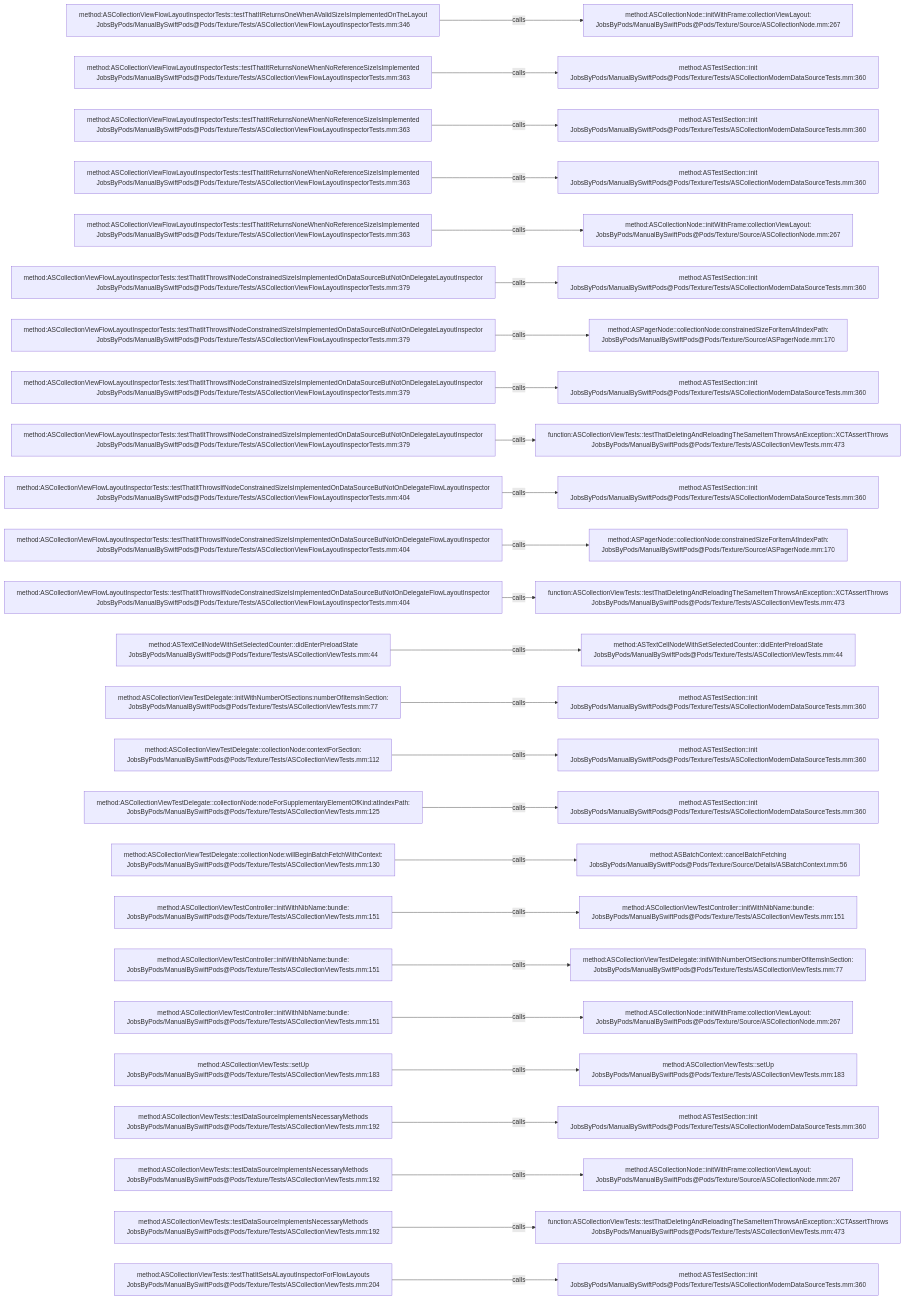
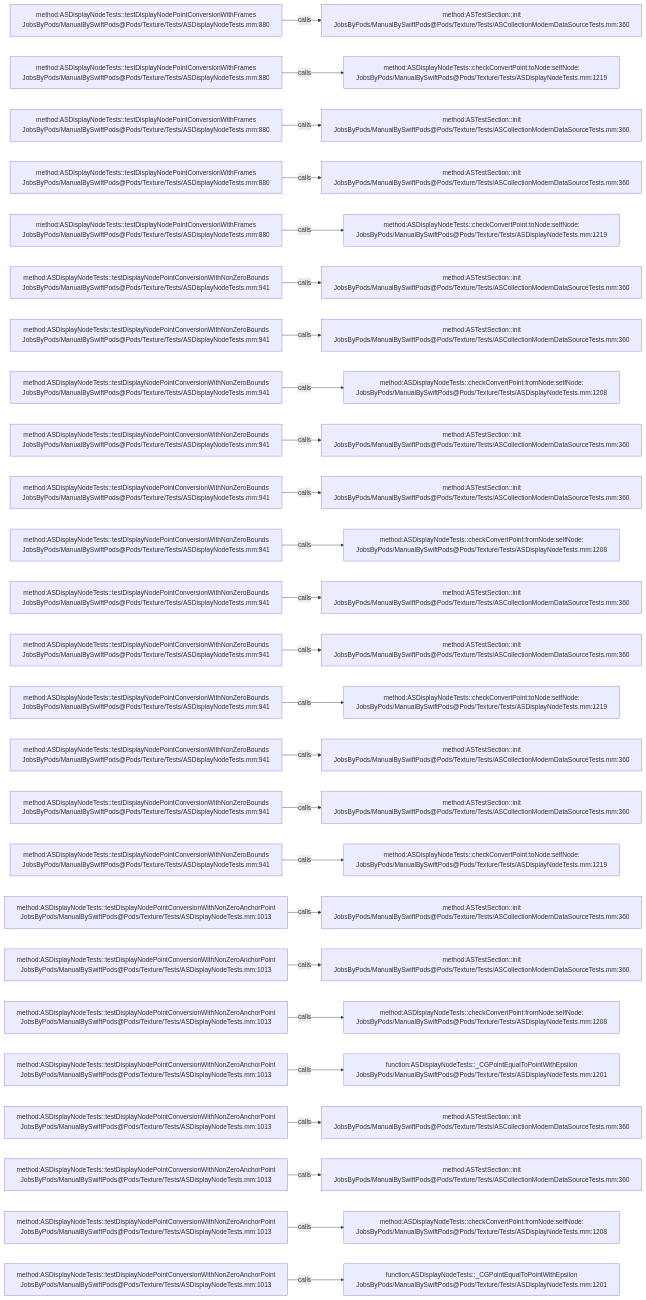
Before and after one commit to JobsKits/JobsSwiftBaseConfigDemo: the diagram in .codegraph/codegraph.md/graphs/calls-189.md, drawn with Mermaid. The commit also changed 832 other files, not shown here.

````diff
--- a/.codegraph/codegraph.md/graphs/calls-189.md
+++ b/.codegraph/codegraph.md/graphs/calls-189.md
@@ -13,78 +13,78 @@
 ```mermaid
 flowchart LR
-  S1["method:ASCollectionViewFlowLayoutInspectorTests::testThatItReturnsOneWhenAValidSizeIsImplementedOnTheLayout<br/>JobsByPods/ManualBySwiftPods@Pods/Texture/Tests/ASCollectionViewFlowLayoutInspectorTests.mm:346"]
-  T1["method:ASCollectionNode::initWithFrame:collectionViewLayout:<br/>JobsByPods/ManualBySwiftPods@Pods/Texture/Source/ASCollectionNode.mm:267"]
+  S1["method:ASDisplayNodeTests::testDisplayNodePointConversionWithFrames<br/>JobsByPods/ManualBySwiftPods@Pods/Texture/Tests/ASDisplayNodeTests.mm:880"]
+  T1["method:ASTestSection::init<br/>JobsByPods/ManualBySwiftPods@Pods/Texture/Tests/ASCollectionModernDataSourceTests.mm:360"]
   S1 -->|calls| T1
-  S2["method:ASCollectionViewFlowLayoutInspectorTests::testThatItReturnsNoneWhenNoReferenceSizeIsImplemented<br/>JobsByPods/ManualBySwiftPods@Pods/Texture/Tests/ASCollectionViewFlowLayoutInspectorTests.mm:363"]
-  T2["method:ASTestSection::init<br/>JobsByPods/ManualBySwiftPods@Pods/Texture/Tests/ASCollectionModernDataSourceTests.mm:360"]
+  S2["method:ASDisplayNodeTests::testDisplayNodePointConversionWithFrames<br/>JobsByPods/ManualBySwiftPods@Pods/Texture/Tests/ASDisplayNodeTests.mm:880"]
+  T2["method:ASDisplayNodeTests::checkConvertPoint:toNode:selfNode:<br/>JobsByPods/ManualBySwiftPods@Pods/Texture/Tests/ASDisplayNodeTests.mm:1219"]
   S2 -->|calls| T2
-  S3["method:ASCollectionViewFlowLayoutInspectorTests::testThatItReturnsNoneWhenNoReferenceSizeIsImplemented<br/>JobsByPods/ManualBySwiftPods@Pods/Texture/Tests/ASCollectionViewFlowLayoutInspectorTests.mm:363"]
+  S3["method:ASDisplayNodeTests::testDisplayNodePointConversionWithFrames<br/>JobsByPods/ManualBySwiftPods@Pods/Texture/Tests/ASDisplayNodeTests.mm:880"]
   T3["method:ASTestSection::init<br/>JobsByPods/ManualBySwiftPods@Pods/Texture/Tests/ASCollectionModernDataSourceTests.mm:360"]
   S3 -->|calls| T3
-  S4["method:ASCollectionViewFlowLayoutInspectorTests::testThatItReturnsNoneWhenNoReferenceSizeIsImplemented<br/>JobsByPods/ManualBySwiftPods@Pods/Texture/Tests/ASCollectionViewFlowLayoutInspectorTests.mm:363"]
+  S4["method:ASDisplayNodeTests::testDisplayNodePointConversionWithFrames<br/>JobsByPods/ManualBySwiftPods@Pods/Texture/Tests/ASDisplayNodeTests.mm:880"]
   T4["method:ASTestSection::init<br/>JobsByPods/ManualBySwiftPods@Pods/Texture/Tests/ASCollectionModernDataSourceTests.mm:360"]
   S4 -->|calls| T4
-  S5["method:ASCollectionViewFlowLayoutInspectorTests::testThatItReturnsNoneWhenNoReferenceSizeIsImplemented<br/>JobsByPods/ManualBySwiftPods@Pods/Texture/Tests/ASCollectionViewFlowLayoutInspectorTests.mm:363"]
-  T5["method:ASCollectionNode::initWithFrame:collectionViewLayout:<br/>JobsByPods/ManualBySwiftPods@Pods/Texture/Source/ASCollectionNode.mm:267"]
+  S5["method:ASDisplayNodeTests::testDisplayNodePointConversionWithFrames<br/>JobsByPods/ManualBySwiftPods@Pods/Texture/Tests/ASDisplayNodeTests.mm:880"]
+  T5["method:ASDisplayNodeTests::checkConvertPoint:toNode:selfNode:<br/>JobsByPods/ManualBySwiftPods@Pods/Texture/Tests/ASDisplayNodeTests.mm:1219"]
   S5 -->|calls| T5
-  S6["method:ASCollectionViewFlowLayoutInspectorTests::testThatItThrowsIfNodeConstrainedSizeIsImplementedOnDataSourceButNotOnDelegateLayoutInspector<br/>JobsByPods/ManualBySwiftPods@Pods/Texture/Tests/ASCollectionViewFlowLayoutInspectorTests.mm:379"]
+  S6["method:ASDisplayNodeTests::testDisplayNodePointConversionWithNonZeroBounds<br/>JobsByPods/ManualBySwiftPods@Pods/Texture/Tests/ASDisplayNodeTests.mm:941"]
   T6["method:ASTestSection::init<br/>JobsByPods/ManualBySwiftPods@Pods/Texture/Tests/ASCollectionModernDataSourceTests.mm:360"]
   S6 -->|calls| T6
-  S7["method:ASCollectionViewFlowLayoutInspectorTests::testThatItThrowsIfNodeConstrainedSizeIsImplementedOnDataSourceButNotOnDelegateLayoutInspector<br/>JobsByPods/ManualBySwiftPods@Pods/Texture/Tests/ASCollectionViewFlowLayoutInspectorTests.mm:379"]
-  T7["method:ASPagerNode::collectionNode:constrainedSizeForItemAtIndexPath:<br/>JobsByPods/ManualBySwiftPods@Pods/Texture/Source/ASPagerNode.mm:170"]
+  S7["method:ASDisplayNodeTests::testDisplayNodePointConversionWithNonZeroBounds<br/>JobsByPods/ManualBySwiftPods@Pods/Texture/Tests/ASDisplayNodeTests.mm:941"]
+  T7["method:ASTestSection::init<br/>JobsByPods/ManualBySwiftPods@Pods/Texture/Tests/ASCollectionModernDataSourceTests.mm:360"]
   S7 -->|calls| T7
-  S8["method:ASCollectionViewFlowLayoutInspectorTests::testThatItThrowsIfNodeConstrainedSizeIsImplementedOnDataSourceButNotOnDelegateLayoutInspector<br/>JobsByPods/ManualBySwiftPods@Pods/Texture/Tests/ASCollectionViewFlowLayoutInspectorTests.mm:379"]
-  T8["method:ASTestSection::init<br/>JobsByPods/ManualBySwiftPods@Pods/Texture/Tests/ASCollectionModernDataSourceTests.mm:360"]
+  S8["method:ASDisplayNodeTests::testDisplayNodePointConversionWithNonZeroBounds<br/>JobsByPods/ManualBySwiftPods@Pods/Texture/Tests/ASDisplayNodeTests.mm:941"]
+  T8["method:ASDisplayNodeTests::checkConvertPoint:fromNode:selfNode:<br/>JobsByPods/ManualBySwiftPods@Pods/Texture/Tests/ASDisplayNodeTests.mm:1208"]
   S8 -->|calls| T8
-  S9["method:ASCollectionViewFlowLayoutInspectorTests::testThatItThrowsIfNodeConstrainedSizeIsImplementedOnDataSourceButNotOnDelegateLayoutInspector<br/>JobsByPods/ManualBySwiftPods@Pods/Texture/Tests/ASCollectionViewFlowLayoutInspectorTests.mm:379"]
-  T9["function:ASCollectionViewTests::testThatDeletingAndReloadingTheSameItemThrowsAnException::XCTAssertThrows<br/>JobsByPods/ManualBySwiftPods@Pods/Texture/Tests/ASCollectionViewTests.mm:473"]
+  S9["method:ASDisplayNodeTests::testDisplayNodePointConversionWithNonZeroBounds<br/>JobsByPods/ManualBySwiftPods@Pods/Texture/Tests/ASDisplayNodeTests.mm:941"]
+  T9["method:ASTestSection::init<br/>JobsByPods/ManualBySwiftPods@Pods/Texture/Tests/ASCollectionModernDataSourceTests.mm:360"]
   S9 -->|calls| T9
-  S10["method:ASCollectionViewFlowLayoutInspectorTests::testThatItThrowsIfNodeConstrainedSizeIsImplementedOnDataSourceButNotOnDelegateFlowLayoutInspector<br/>JobsByPods/ManualBySwiftPods@Pods/Texture/Tests/ASCollectionViewFlowLayoutInspectorTests.mm:404"]
+  S10["method:ASDisplayNodeTests::testDisplayNodePointConversionWithNonZeroBounds<br/>JobsByPods/ManualBySwiftPods@Pods/Texture/Tests/ASDisplayNodeTests.mm:941"]
   T10["method:ASTestSection::init<br/>JobsByPods/ManualBySwiftPods@Pods/Texture/Tests/ASCollectionModernDataSourceTests.mm:360"]
   S10 -->|calls| T10
-  S11["method:ASCollectionViewFlowLayoutInspectorTests::testThatItThrowsIfNodeConstrainedSizeIsImplementedOnDataSourceButNotOnDelegateFlowLayoutInspector<br/>JobsByPods/ManualBySwiftPods@Pods/Texture/Tests/ASCollectionViewFlowLayoutInspectorTests.mm:404"]
-  T11["method:ASPagerNode::collectionNode:constrainedSizeForItemAtIndexPath:<br/>JobsByPods/ManualBySwiftPods@Pods/Texture/Source/ASPagerNode.mm:170"]
+  S11["method:ASDisplayNodeTests::testDisplayNodePointConversionWithNonZeroBounds<br/>JobsByPods/ManualBySwiftPods@Pods/Texture/Tests/ASDisplayNodeTests.mm:941"]
+  T11["method:ASDisplayNodeTests::checkConvertPoint:fromNode:selfNode:<br/>JobsByPods/ManualBySwiftPods@Pods/Texture/Tests/ASDisplayNodeTests.mm:1208"]
   S11 -->|calls| T11
-  S12["method:ASCollectionViewFlowLayoutInspectorTests::testThatItThrowsIfNodeConstrainedSizeIsImplementedOnDataSourceButNotOnDelegateFlowLayoutInspector<br/>JobsByPods/ManualBySwiftPods@Pods/Texture/Tests/ASCollectionViewFlowLayoutInspectorTests.mm:404"]
-  T12["function:ASCollectionViewTests::testThatDeletingAndReloadingTheSameItemThrowsAnException::XCTAssertThrows<br/>JobsByPods/ManualBySwiftPods@Pods/Texture/Tests/ASCollectionViewTests.mm:473"]
+  S12["method:ASDisplayNodeTests::testDisplayNodePointConversionWithNonZeroBounds<br/>JobsByPods/ManualBySwiftPods@Pods/Texture/Tests/ASDisplayNodeTests.mm:941"]
+  T12["method:ASTestSection::init<br/>JobsByPods/ManualBySwiftPods@Pods/Texture/Tests/ASCollectionModernDataSourceTests.mm:360"]
   S12 -->|calls| T12
-  S13["method:ASTextCellNodeWithSetSelectedCounter::didEnterPreloadState<br/>JobsByPods/ManualBySwiftPods@Pods/Texture/Tests/ASCollectionViewTests.mm:44"]
-  T13["method:ASTextCellNodeWithSetSelectedCounter::didEnterPreloadState<br/>JobsByPods/ManualBySwiftPods@Pods/Texture/Tests/ASCollectionViewTests.mm:44"]
+  S13["method:ASDisplayNodeTests::testDisplayNodePointConversionWithNonZeroBounds<br/>JobsByPods/ManualBySwiftPods@Pods/Texture/Tests/ASDisplayNodeTests.mm:941"]
+  T13["method:ASTestSection::init<br/>JobsByPods/ManualBySwiftPods@Pods/Texture/Tests/ASCollectionModernDataSourceTests.mm:360"]
   S13 -->|calls| T13
-  S14["method:ASCollectionViewTestDelegate::initWithNumberOfSections:numberOfItemsInSection:<br/>JobsByPods/ManualBySwiftPods@Pods/Texture/Tests/ASCollectionViewTests.mm:77"]
-  T14["method:ASTestSection::init<br/>JobsByPods/ManualBySwiftPods@Pods/Texture/Tests/ASCollectionModernDataSourceTests.mm:360"]
+  S14["method:ASDisplayNodeTests::testDisplayNodePointConversionWithNonZeroBounds<br/>JobsByPods/ManualBySwiftPods@Pods/Texture/Tests/ASDisplayNodeTests.mm:941"]
+  T14["method:ASDisplayNodeTests::checkConvertPoint:toNode:selfNode:<br/>JobsByPods/ManualBySwiftPods@Pods/Texture/Tests/ASDisplayNodeTests.mm:1219"]
   S14 -->|calls| T14
-  S15["method:ASCollectionViewTestDelegate::collectionNode:contextForSection:<br/>JobsByPods/ManualBySwiftPods@Pods/Texture/Tests/ASCollectionViewTests.mm:112"]
+  S15["method:ASDisplayNodeTests::testDisplayNodePointConversionWithNonZeroBounds<br/>JobsByPods/ManualBySwiftPods@Pods/Texture/Tests/ASDisplayNodeTests.mm:941"]
   T15["method:ASTestSection::init<br/>JobsByPods/ManualBySwiftPods@Pods/Texture/Tests/ASCollectionModernDataSourceTests.mm:360"]
   S15 -->|calls| T15
-  S16["method:ASCollectionViewTestDelegate::collectionNode:nodeForSupplementaryElementOfKind:atIndexPath:<br/>JobsByPods/ManualBySwiftPods@Pods/Texture/Tests/ASCollectionViewTests.mm:125"]
+  S16["method:ASDisplayNodeTests::testDisplayNodePointConversionWithNonZeroBounds<br/>JobsByPods/ManualBySwiftPods@Pods/Texture/Tests/ASDisplayNodeTests.mm:941"]
   T16["method:ASTestSection::init<br/>JobsByPods/ManualBySwiftPods@Pods/Texture/Tests/ASCollectionModernDataSourceTests.mm:360"]
   S16 -->|calls| T16
-  S17["method:ASCollectionViewTestDelegate::collectionNode:willBeginBatchFetchWithContext:<br/>JobsByPods/ManualBySwiftPods@Pods/Texture/Tests/ASCollectionViewTests.mm:130"]
-  T17["method:ASBatchContext::cancelBatchFetching<br/>JobsByPods/ManualBySwiftPods@Pods/Texture/Source/Details/ASBatchContext.mm:56"]
+  S17["method:ASDisplayNodeTests::testDisplayNodePointConversionWithNonZeroBounds<br/>JobsByPods/ManualBySwiftPods@Pods/Texture/Tests/ASDisplayNodeTests.mm:941"]
+  T17["method:ASDisplayNodeTests::checkConvertPoint:toNode:selfNode:<br/>JobsByPods/ManualBySwiftPods@Pods/Texture/Tests/ASDisplayNodeTests.mm:1219"]
   S17 -->|calls| T17
-  S18["method:ASCollectionViewTestController::initWithNibName:bundle:<br/>JobsByPods/ManualBySwiftPods@Pods/Texture/Tests/ASCollectionViewTests.mm:151"]
-  T18["method:ASCollectionViewTestController::initWithNibName:bundle:<br/>JobsByPods/ManualBySwiftPods@Pods/Texture/Tests/ASCollectionViewTests.mm:151"]
+  S18["method:ASDisplayNodeTests::testDisplayNodePointConversionWithNonZeroAnchorPoint<br/>JobsByPods/ManualBySwiftPods@Pods/Texture/Tests/ASDisplayNodeTests.mm:1013"]
+  T18["method:ASTestSection::init<br/>JobsByPods/ManualBySwiftPods@Pods/Texture/Tests/ASCollectionModernDataSourceTests.mm:360"]
   S18 -->|calls| T18
-  S19["method:ASCollectionViewTestController::initWithNibName:bundle:<br/>JobsByPods/ManualBySwiftPods@Pods/Texture/Tests/ASCollectionViewTests.mm:151"]
-  T19["method:ASCollectionViewTestDelegate::initWithNumberOfSections:numberOfItemsInSection:<br/>JobsByPods/ManualBySwiftPods@Pods/Texture/Tests/ASCollectionViewTests.mm:77"]
+  S19["method:ASDisplayNodeTests::testDisplayNodePointConversionWithNonZeroAnchorPoint<br/>JobsByPods/ManualBySwiftPods@Pods/Texture/Tests/ASDisplayNodeTests.mm:1013"]
+  T19["method:ASTestSection::init<br/>JobsByPods/ManualBySwiftPods@Pods/Texture/Tests/ASCollectionModernDataSourceTests.mm:360"]
   S19 -->|calls| T19
-  S20["method:ASCollectionViewTestController::initWithNibName:bundle:<br/>JobsByPods/ManualBySwiftPods@Pods/Texture/Tests/ASCollectionViewTests.mm:151"]
-  T20["method:ASCollectionNode::initWithFrame:collectionViewLayout:<br/>JobsByPods/ManualBySwiftPods@Pods/Texture/Source/ASCollectionNode.mm:267"]
+  S20["method:ASDisplayNodeTests::testDisplayNodePointConversionWithNonZeroAnchorPoint<br/>JobsByPods/ManualBySwiftPods@Pods/Texture/Tests/ASDisplayNodeTests.mm:1013"]
+  T20["method:ASDisplayNodeTests::checkConvertPoint:fromNode:selfNode:<br/>JobsByPods/ManualBySwiftPods@Pods/Texture/Tests/ASDisplayNodeTests.mm:1208"]
   S20 -->|calls| T20
-  S21["method:ASCollectionViewTests::setUp<br/>JobsByPods/ManualBySwiftPods@Pods/Texture/Tests/ASCollectionViewTests.mm:183"]
-  T21["method:ASCollectionViewTests::setUp<br/>JobsByPods/ManualBySwiftPods@Pods/Texture/Tests/ASCollectionViewTests.mm:183"]
+  S21["method:ASDisplayNodeTests::testDisplayNodePointConversionWithNonZeroAnchorPoint<br/>JobsByPods/ManualBySwiftPods@Pods/Texture/Tests/ASDisplayNodeTests.mm:1013"]
+  T21["function:ASDisplayNodeTests::_CGPointEqualToPointWithEpsilon<br/>JobsByPods/ManualBySwiftPods@Pods/Texture/Tests/ASDisplayNodeTests.mm:1201"]
   S21 -->|calls| T21
-  S22["method:ASCollectionViewTests::testDataSourceImplementsNecessaryMethods<br/>JobsByPods/ManualBySwiftPods@Pods/Texture/Tests/ASCollectionViewTests.mm:192"]
+  S22["method:ASDisplayNodeTests::testDisplayNodePointConversionWithNonZeroAnchorPoint<br/>JobsByPods/ManualBySwiftPods@Pods/Texture/Tests/ASDisplayNodeTests.mm:1013"]
   T22["method:ASTestSection::init<br/>JobsByPods/ManualBySwiftPods@Pods/Texture/Tests/ASCollectionModernDataSourceTests.mm:360"]
   S22 -->|calls| T22
-  S23["method:ASCollectionViewTests::testDataSourceImplementsNecessaryMethods<br/>JobsByPods/ManualBySwiftPods@Pods/Texture/Tests/ASCollectionViewTests.mm:192"]
-  T23["method:ASCollectionNode::initWithFrame:collectionViewLayout:<br/>JobsByPods/ManualBySwiftPods@Pods/Texture/Source/ASCollectionNode.mm:267"]
+  S23["method:ASDisplayNodeTests::testDisplayNodePointConversionWithNonZeroAnchorPoint<br/>JobsByPods/ManualBySwiftPods@Pods/Texture/Tests/ASDisplayNodeTests.mm:1013"]
+  T23["method:ASTestSection::init<br/>JobsByPods/ManualBySwiftPods@Pods/Texture/Tests/ASCollectionModernDataSourceTests.mm:360"]
   S23 -->|calls| T23
-  S24["method:ASCollectionViewTests::testDataSourceImplementsNecessaryMethods<br/>JobsByPods/ManualBySwiftPods@Pods/Texture/Tests/ASCollectionViewTests.mm:192"]
-  T24["function:ASCollectionViewTests::testThatDeletingAndReloadingTheSameItemThrowsAnException::XCTAssertThrows<br/>JobsByPods/ManualBySwiftPods@Pods/Texture/Tests/ASCollectionViewTests.mm:473"]
+  S24["method:ASDisplayNodeTests::testDisplayNodePointConversionWithNonZeroAnchorPoint<br/>JobsByPods/ManualBySwiftPods@Pods/Texture/Tests/ASDisplayNodeTests.mm:1013"]
+  T24["method:ASDisplayNodeTests::checkConvertPoint:fromNode:selfNode:<br/>JobsByPods/ManualBySwiftPods@Pods/Texture/Tests/ASDisplayNodeTests.mm:1208"]
   S24 -->|calls| T24
-  S25["method:ASCollectionViewTests::testThatItSetsALayoutInspectorForFlowLayouts<br/>JobsByPods/ManualBySwiftPods@Pods/Texture/Tests/ASCollectionViewTests.mm:204"]
-  T25["method:ASTestSection::init<br/>JobsByPods/ManualBySwiftPods@Pods/Texture/Tests/ASCollectionModernDataSourceTests.mm:360"]
+  S25["method:ASDisplayNodeTests::testDisplayNodePointConversionWithNonZeroAnchorPoint<br/>JobsByPods/ManualBySwiftPods@Pods/Texture/Tests/ASDisplayNodeTests.mm:1013"]
+  T25["function:ASDisplayNodeTests::_CGPointEqualToPointWithEpsilon<br/>JobsByPods/ManualBySwiftPods@Pods/Texture/Tests/ASDisplayNodeTests.mm:1201"]
   S25 -->|calls| T25
 ```
````
